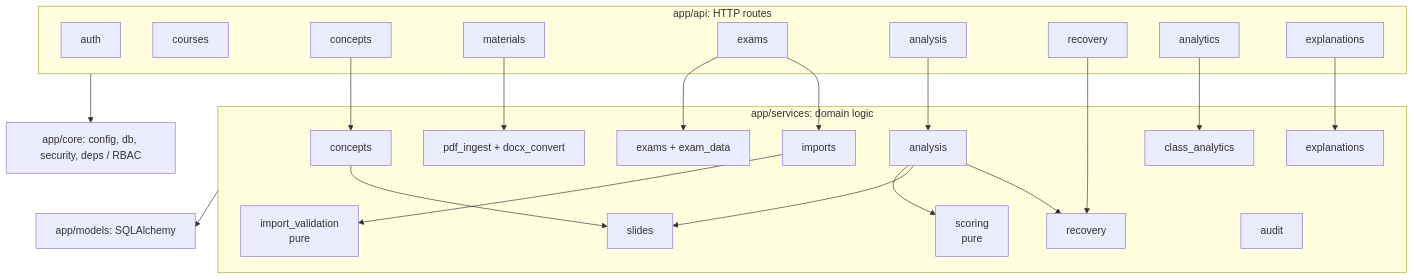
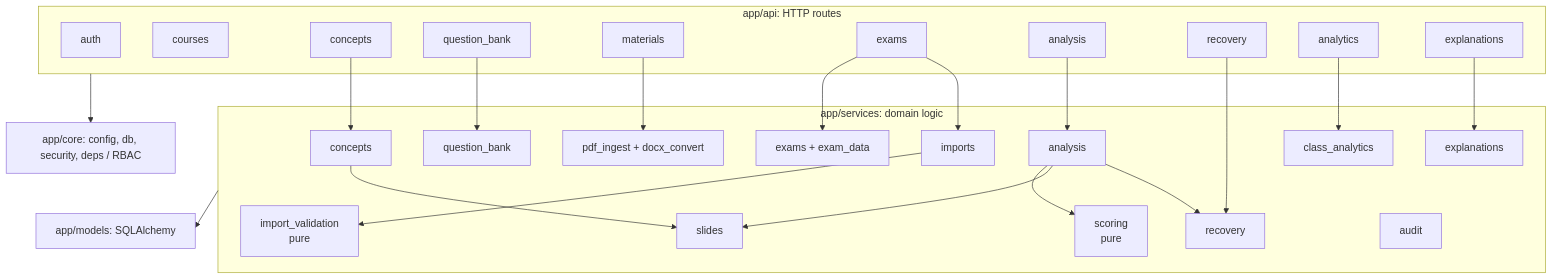
The second of 3 diagrams in docs/submission/04-Design/Architecture.md (AhmedEbrahem25/gapmap), drawn with Mermaid before and after one commit. The commit also changed other lines of this file and 34 other files, not shown here.

First line of the commit message:
S10: question bank review in the app (FR-39, BR-10, BR-11)

````diff
--- a/docs/submission/04-Design/Architecture.md
+++ b/docs/submission/04-Design/Architecture.md
@@ -44,42 +44,45 @@
 ```mermaid
 flowchart TB
   subgraph api[app/api: HTTP routes]
     auth
     courses
     concepts
+    question_bank
     materials
     exams
     analysis
     recovery
     analytics
     explanations
   end
   subgraph services[app/services: domain logic]
     imp[imports]
     val[import_validation<br/>pure]
     sc[scoring<br/>pure]
     an[analysis]
     sl[slides]
     rec[recovery]
     ca[class_analytics]
     ex[explanations]
     ing[pdf_ingest + docx_convert]
     exm[exams + exam_data]
     con[concepts]
+    qb[question_bank]
     au[audit]
   end
   core[app/core: config, db, security, deps / RBAC]
   models[app/models: SQLAlchemy]
   exams --> exm & imp
   imp --> val
   analysis --> an
   an --> sc & sl & rec
   recovery --> rec
   analytics --> ca
   explanations --> ex
   materials --> ing
   concepts --> con
+  question_bank --> qb
   con --> sl
   services --> models
   api --> core
 ```
````
